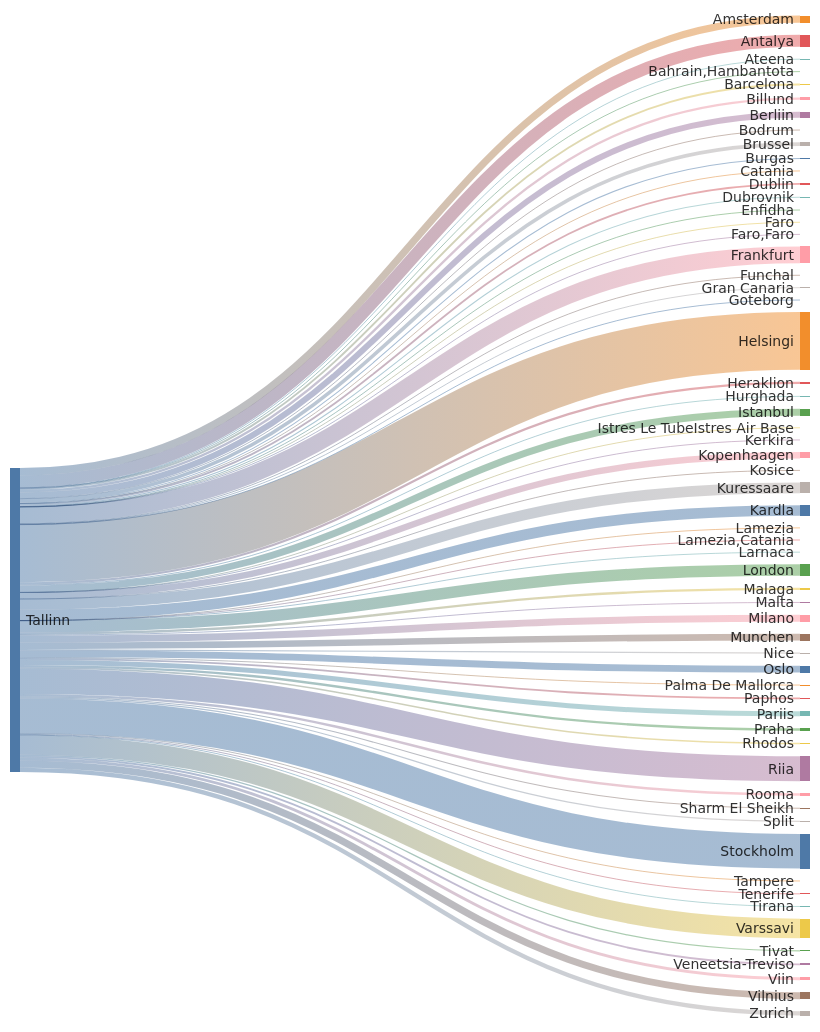
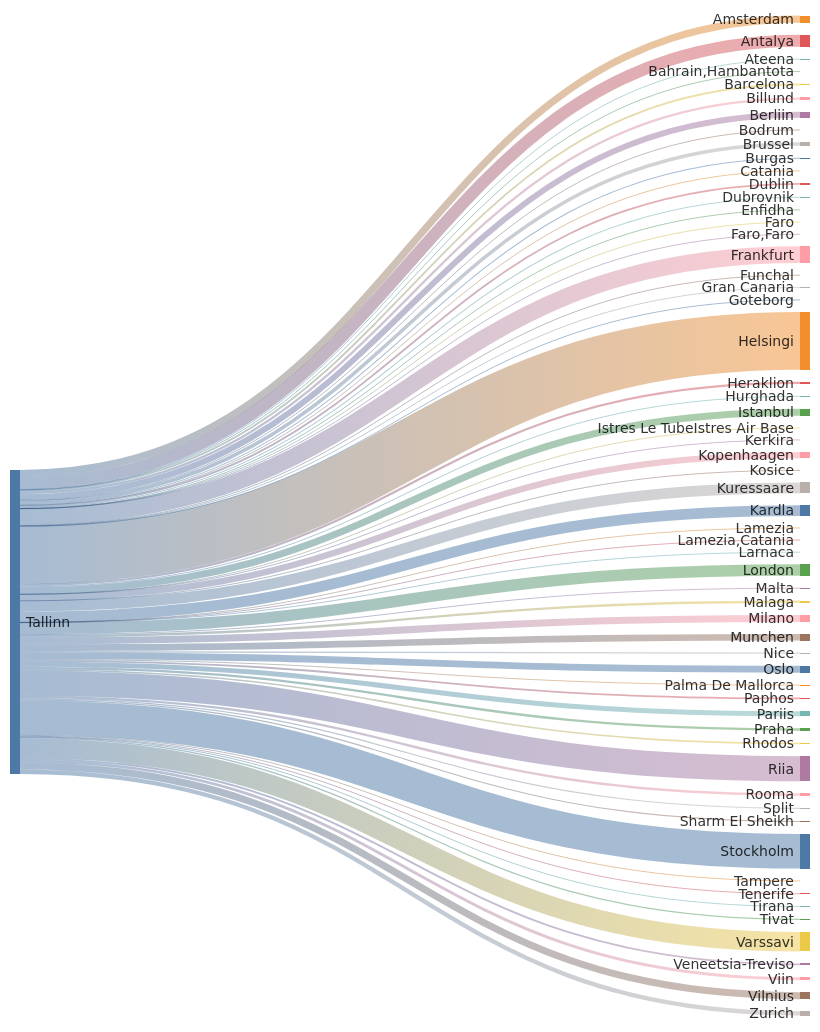
One commit to rainermesi/tll-airport-departures changed the second of 2 diagrams in README.md. Above: the diagram before and after it, drawn with Mermaid. The commit also changed other lines of this file, not shown here.

````diff
--- a/README.md
+++ b/README.md
@@ -34,72 +34,72 @@
 ```mermaid
 ---
 config:
   sankey:
     showValues: false
     width: 800
     height: 1000
 ---
 sankey-beta
 %% source,target,value
-Tallinn,Amsterdam,149
+Tallinn,Amsterdam,150
 Tallinn,Antalya,252
 Tallinn,Ateena,16
 Tallinn,"Bahrain,Hambantota",1
-Tallinn,Barcelona,38
+Tallinn,Barcelona,39
 Tallinn,Berliin,124
 Tallinn,Billund,49
 Tallinn,Bodrum,11
 Tallinn,Brussel,75
 Tallinn,Burgas,21
 Tallinn,Catania,2
 Tallinn,Dublin,38
 Tallinn,Dubrovnik,21
 Tallinn,Enfidha,7
 Tallinn,Faro,4
 Tallinn,"Faro,Faro",1
-Tallinn,Frankfurt,348
+Tallinn,Frankfurt,350
 Tallinn,Funchal,5
 Tallinn,Gran Canaria,13
 Tallinn,Goteborg,1
-Tallinn,Helsingi,1199
+Tallinn,Helsingi,1208
 Tallinn,Heraklion,46
 Tallinn,Hurghada,19
-Tallinn,Istanbul,144
+Tallinn,Istanbul,145
 Tallinn,Istres Le TubeIstres Air Base,2
 Tallinn,Kerkira,4
 Tallinn,Kopenhaagen,132
 Tallinn,Kosice,1
-Tallinn,Kuressaare,223
-Tallinn,Kardla,223
+Tallinn,Kuressaare,225
+Tallinn,Kardla,225
 Tallinn,Lamezia,1
 Tallinn,"Lamezia,Catania",3
 Tallinn,Larnaca,4
-Tallinn,London,239
+Tallinn,London,241
 Tallinn,Malaga,49
 Tallinn,Malta,15
-Tallinn,Milano,146
-Tallinn,Munchen,139
+Tallinn,Milano,147
+Tallinn,Munchen,140
 Tallinn,Nice,25
 Tallinn,Oslo,143
 Tallinn,Palma De Mallorca,19
 Tallinn,Paphos,37
 Tallinn,Pariis,105
 Tallinn,Praha,49
 Tallinn,Rhodos,32
-Tallinn,Riia,521
+Tallinn,Riia,525
 Tallinn,Rooma,50
-Tallinn,Sharm El Sheikh,22
+Tallinn,Sharm El Sheikh,23
 Tallinn,Split,25
-Tallinn,Stockholm,720
+Tallinn,Stockholm,722
 Tallinn,Tampere,17
 Tallinn,Tenerife,19
 Tallinn,Tirana,8
 Tallinn,Tivat,26
-Tallinn,Varssavi,406
+Tallinn,Varssavi,409
 Tallinn,Veneetsia-Treviso,38
 Tallinn,Viin,60
-Tallinn,Vilnius,145
+Tallinn,Vilnius,147
 Tallinn,Zurich,91
 
 
 ```
````
